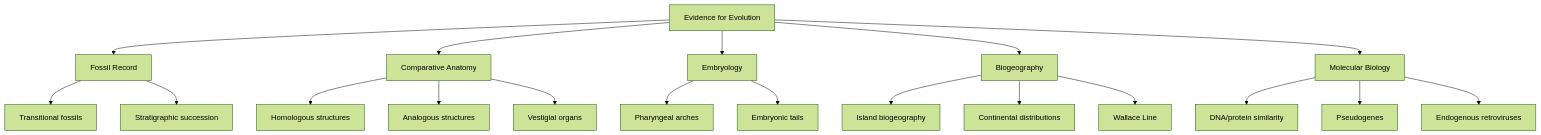
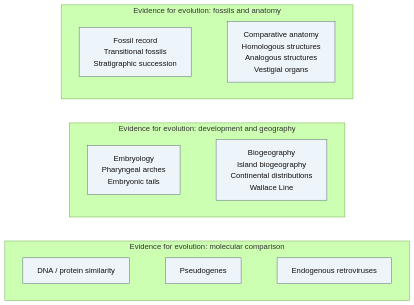
The first of 3 diagrams in docs/manuscript/unit_VI/evolution_and_selection.md (docxology/biology_textbook), drawn with Mermaid (forest theme) before and after one commit. The commit also changed other lines of this file and 41 other files, not shown here.

````diff
--- a/docs/manuscript/unit_VI/evolution_and_selection.md
+++ b/docs/manuscript/unit_VI/evolution_and_selection.md
@@ -98,21 +98,30 @@
 ```mermaid
-flowchart TD
-    A["Evidence for Evolution"] --> B["Fossil Record"]
-    A --> C["Comparative Anatomy"]
-    A --> D["Embryology"]
-    A --> E["Biogeography"]
-    A --> F["Molecular Biology"]
-    B --> B1["Transitional fossils"]
-    B --> B2["Stratigraphic succession"]
-    C --> C1["Homologous structures"]
-    C --> C2["Analogous structures"]
-    C --> C3["Vestigial organs"]
-    D --> D1["Pharyngeal arches"]
-    D --> D2["Embryonic tails"]
-    E --> E1["Island biogeography"]
-    E --> E2["Continental distributions"]
-    E --> E3["Wallace Line"]
-    F --> F1["DNA/protein similarity"]
-    F --> F2["Pseudogenes"]
-    F --> F3["Endogenous retroviruses"]
+---
+config:
+  layout: dagre
+---
+flowchart TB
+    subgraph historical["Evidence for evolution: fossils and anatomy"]
+        direction LR
+        B["Fossil record<br/>Transitional fossils<br/>Stratigraphic succession"]
+        C["Comparative anatomy<br/>Homologous structures<br/>Analogous structures<br/>Vestigial organs"]
+        B ~~~ C
+    end
+    subgraph spatial["Evidence for evolution: development and geography"]
+        direction LR
+        D["Embryology<br/>Pharyngeal arches<br/>Embryonic tails"]
+        E["Biogeography<br/>Island biogeography<br/>Continental distributions<br/>Wallace Line"]
+        D ~~~ E
+    end
+    subgraph molecular["Evidence for evolution: molecular comparison"]
+        direction LR
+        F1["DNA / protein similarity"]
+        F2["Pseudogenes"]
+        F3["Endogenous retroviruses"]
+        F1 ~~~ F2 ~~~ F3
+    end
+    historical ~~~ spatial
+    spatial ~~~ molecular
+    classDef ink fill:#eef5fa,stroke:#526777,color:#111111
+    class B,C,D,E,F1,F2,F3 ink
 ```
````
